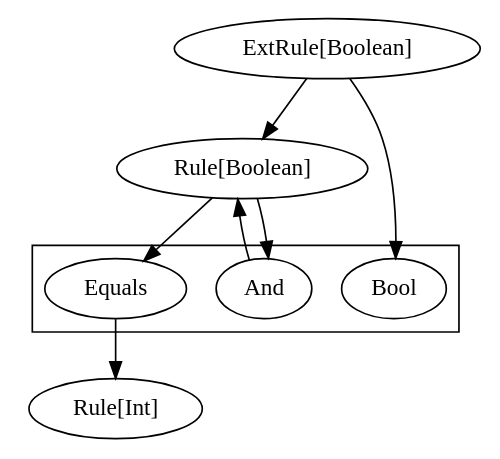
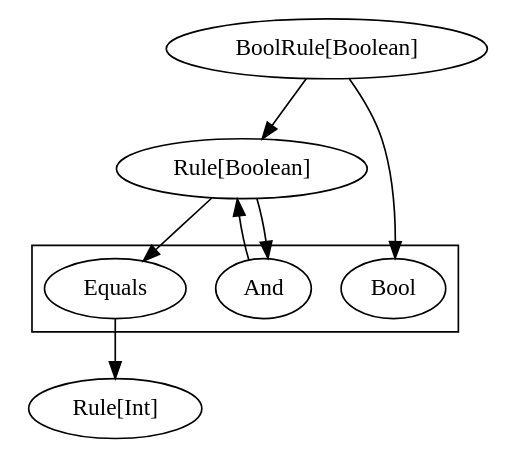
Before and after one commit to nrinaudo/dsl-tagless: the diagram in src/main/graphviz/deserialise-bug-rulebool-focus.dot, drawn with Graphviz. The commit also changed 21 other files, not shown here.

Commit message:
Rename ExtRule to BoolRule

```diff
--- a/src/main/graphviz/deserialise-bug-rulebool-focus.dot
+++ b/src/main/graphviz/deserialise-bug-rulebool-focus.dot
@@ -1,19 +1,19 @@
 digraph {
-    ExtRuleBool[label="ExtRule[Boolean]" class="operator,disabled"]
+    BoolRuleBool[label="BoolRule[Boolean]" class="operator,disabled"]
 
     RuleInt[label="Rule[Int]" class="operator,disabled"]
     RuleBool[label="Rule[Boolean]" class="operator"]
 
     subgraph cluster_foo {
         And[class="disabled"]
         Equals[class="disabled"]
         Bool[class="disabled"]
     }
 
-    ExtRuleBool -> RuleBool[class="relies,disabled"]
-    ExtRuleBool -> Bool[class="disabled"]
+    BoolRuleBool -> RuleBool[class="relies,disabled"]
+    BoolRuleBool -> Bool[class="disabled"]
     Equals -> RuleInt[class="relies,disabled"]
     RuleBool -> And[class="disabled"]
     RuleBool -> Equals[class="disabled"]
     And -> RuleBool[class="relies,disabled"]
 }
```
